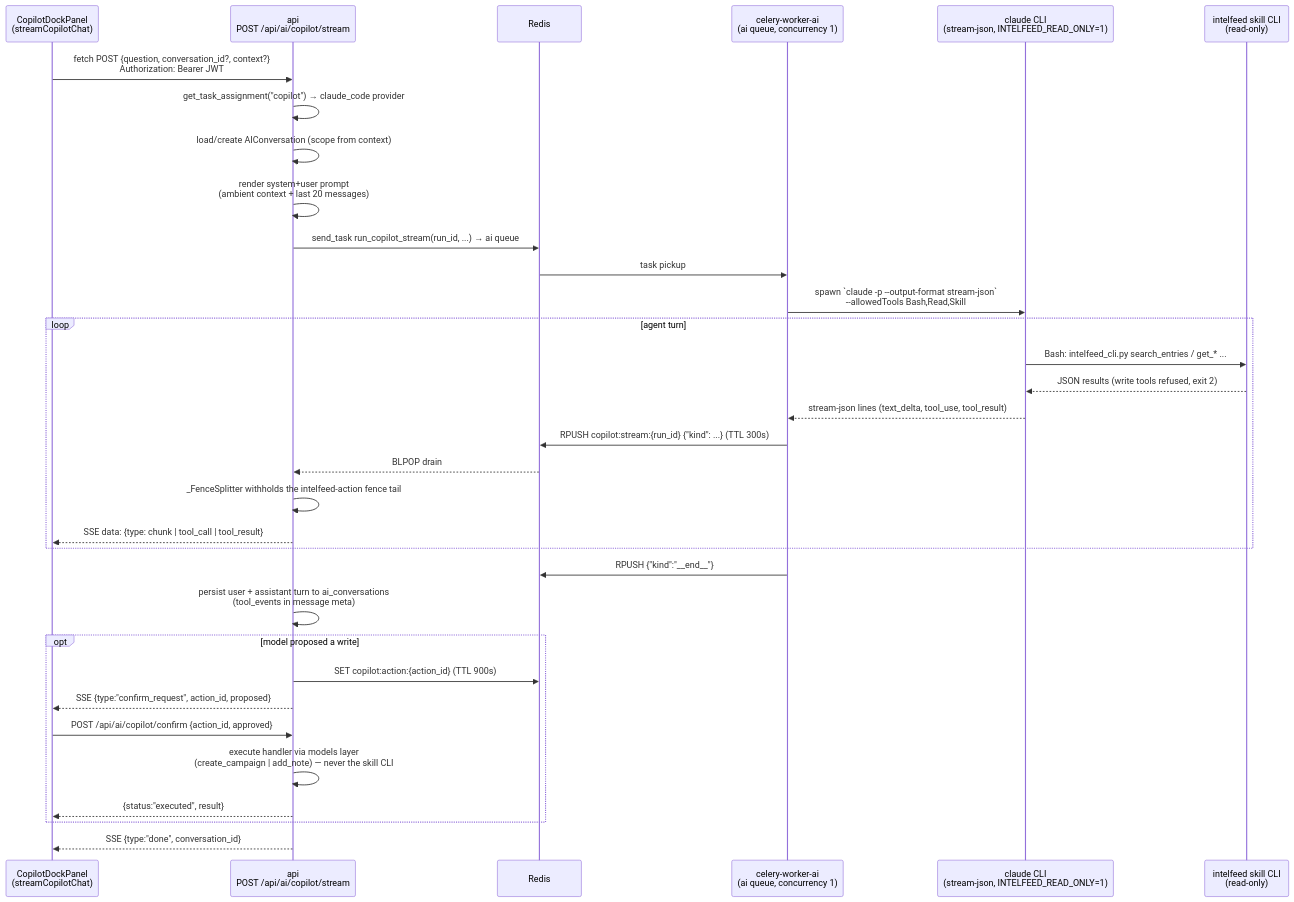
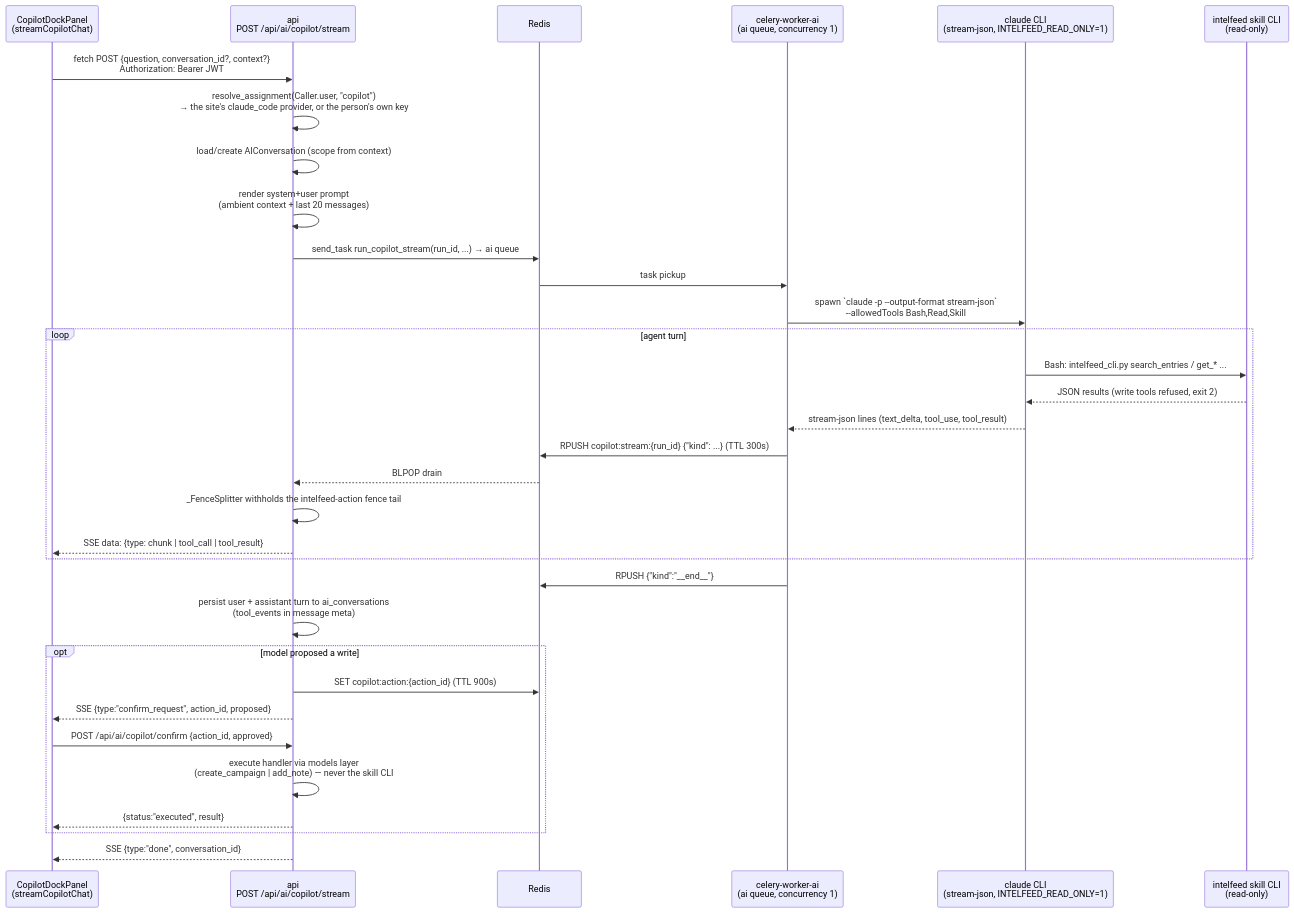
Before and after one commit to a-oneil/IntelFeed: the diagram in docs/diagrams/copilot-stream-flow.md, drawn with Mermaid. The commit also changed 126 other files, not shown here.

First line of the commit message:
Per-user AI providers: bring your own key, with attribution, caps and who-answered (#6) (#135)

````diff
--- a/docs/diagrams/copilot-stream-flow.md
+++ b/docs/diagrams/copilot-stream-flow.md
@@ -5,36 +5,36 @@
 ```mermaid
 sequenceDiagram
     participant UI as CopilotDockPanel<br/>(streamCopilotChat)
     participant API as api<br/>POST /api/ai/copilot/stream
     participant Q as Redis
     participant W as celery-worker-ai<br/>(ai queue, concurrency 1)
     participant CLI as claude CLI<br/>(stream-json, INTELFEED_READ_ONLY=1)
     participant SK as intelfeed skill CLI<br/>(read-only)
 
     UI->>API: fetch POST {question, conversation_id?, context?}<br/>Authorization: Bearer JWT
-    API->>API: get_task_assignment("copilot") → claude_code provider
+    API->>API: resolve_assignment(Caller.user, "copilot")<br/>→ the site's claude_code provider, or the person's own key
     API->>API: load/create AIConversation (scope from context)
     API->>API: render system+user prompt<br/>(ambient context + last 20 messages)
     API->>Q: send_task run_copilot_stream(run_id, ...) → ai queue
     Q->>W: task pickup
     W->>CLI: spawn `claude -p --output-format stream-json`<br/>--allowedTools Bash,Read,Skill
     loop agent turn
         CLI->>SK: Bash: intelfeed_cli.py search_entries / get_* ...
         SK-->>CLI: JSON results (write tools refused, exit 2)
         CLI-->>W: stream-json lines (text_delta, tool_use, tool_result)
         W->>Q: RPUSH copilot:stream:{run_id} {"kind": ...} (TTL 300s)
         Q-->>API: BLPOP drain
         API->>API: _FenceSplitter withholds the intelfeed-action fence tail
         API-->>UI: SSE data: {type: chunk | tool_call | tool_result}
     end
     W->>Q: RPUSH {"kind":"__end__"}
     API->>API: persist user + assistant turn to ai_conversations<br/>(tool_events in message meta)
     opt model proposed a write
         API->>Q: SET copilot:action:{action_id} (TTL 900s)
         API-->>UI: SSE {type:"confirm_request", action_id, proposed}
         UI->>API: POST /api/ai/copilot/confirm {action_id, approved}
         API->>API: execute handler via models layer<br/>(create_campaign | add_note) — never the skill CLI
         API-->>UI: {status:"executed", result}
     end
     API-->>UI: SSE {type:"done", conversation_id}
 ```
````
